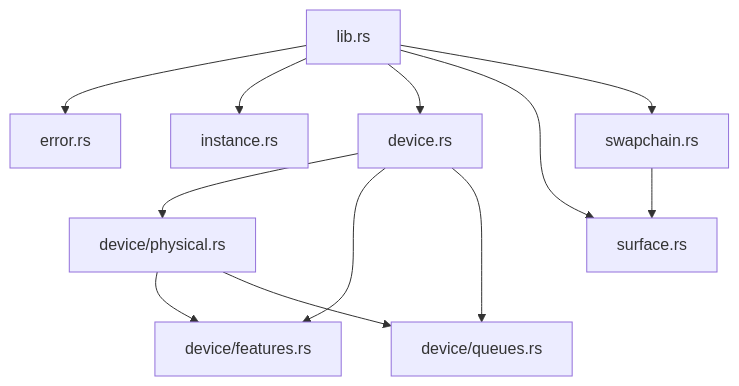
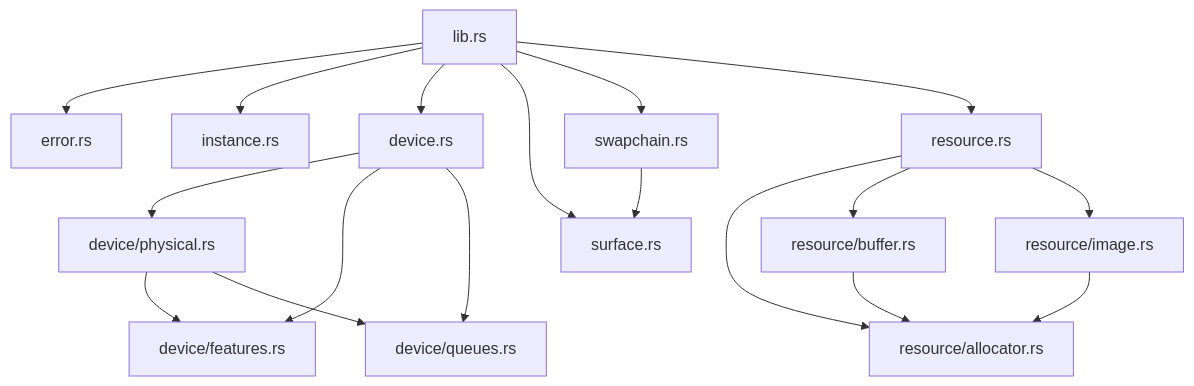
Before and after one commit to adamloec/slop: the first of 3 diagrams in docs/slop-rhi/README.md, drawn with Mermaid. The commit also changed other lines of this file and 34 other files, not shown here.

````diff
--- a/docs/slop-rhi/README.md
+++ b/docs/slop-rhi/README.md
@@ -42,26 +45,38 @@
 ```mermaid
 flowchart TD
     lib["lib.rs"]
     error["error.rs"]
     instance["instance.rs"]
     device["device.rs"]
     physical["device/physical.rs"]
     features["device/features.rs"]
     queues["device/queues.rs"]
     surface["surface.rs"]
     swapchain["swapchain.rs"]
+    resource["resource.rs"]
+    allocator["resource/allocator.rs"]
+    buffer["resource/buffer.rs"]
+    image["resource/image.rs"]
 
     lib --> error
     lib --> instance
     lib --> device
     lib --> surface
     lib --> swapchain
+    lib --> resource
 
     device --> physical
     device --> features
     device --> queues
 
+    resource --> allocator
+    resource --> buffer
+    resource --> image
+
+    buffer --> allocator
+    image --> allocator
+
     physical --> features
     physical --> queues
     swapchain --> surface
 ```
````
